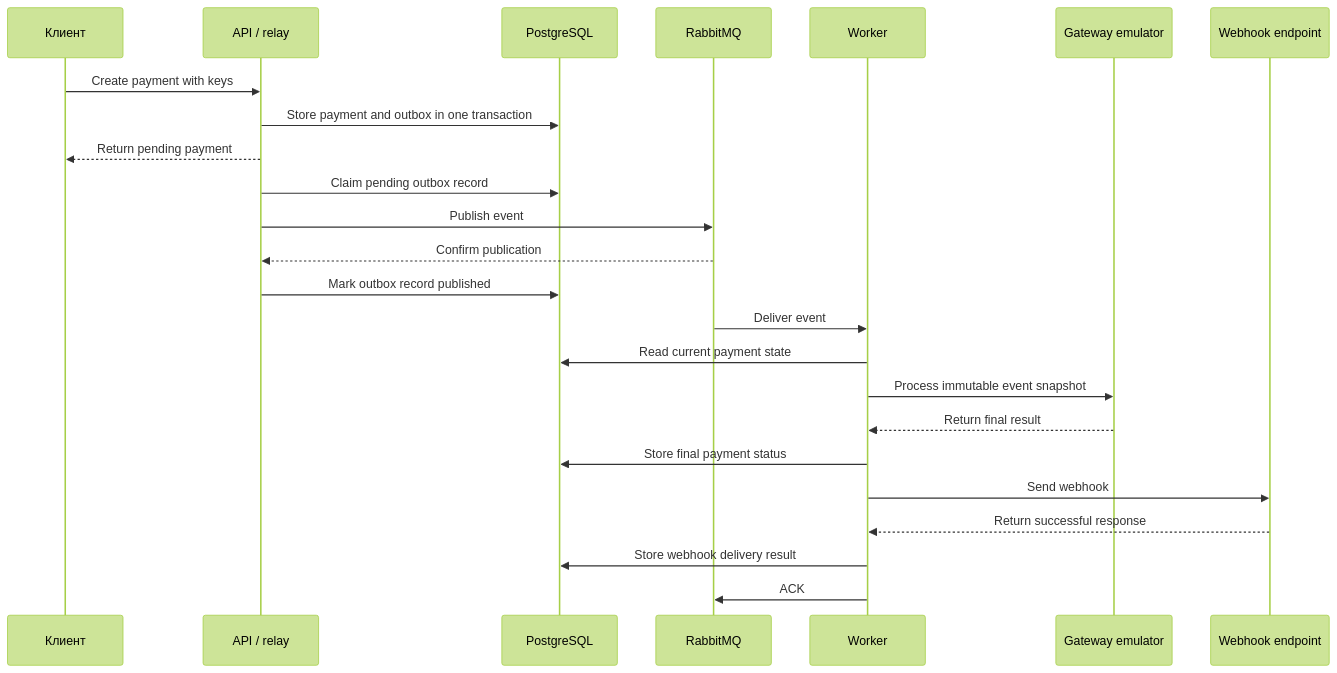
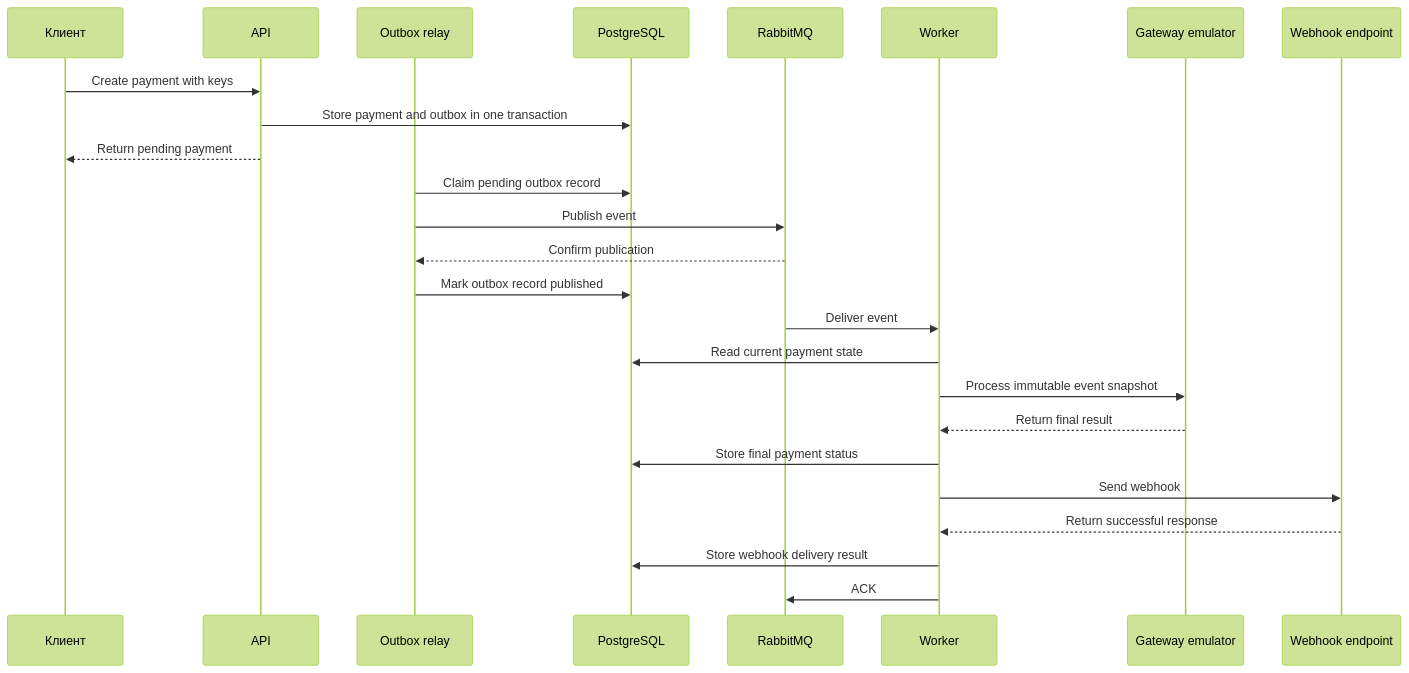
Before and after one commit to HappyCthulhu/async-payment-processor: the second of 3 diagrams in docs/architecture.md, drawn with Mermaid (forest theme). The commit also changed other lines of this file, not shown here.

Commit message:
docs: clarify outbox relay boundary

````diff
--- a/docs/architecture.md
+++ b/docs/architecture.md
@@ -28,27 +44,28 @@
 ```mermaid
 sequenceDiagram
     participant C as Клиент
-    participant A as API / relay
+    participant A as API
+    participant L as Outbox relay
     participant P as PostgreSQL
     participant R as RabbitMQ
     participant W as Worker
     participant G as Gateway emulator
     participant H as Webhook endpoint
 
     C->>A: Create payment with keys
     A->>P: Store payment and outbox in one transaction
     A-->>C: Return pending payment
-    A->>P: Claim pending outbox record
-    A->>R: Publish event
-    R-->>A: Confirm publication
-    A->>P: Mark outbox record published
+    L->>P: Claim pending outbox record
+    L->>R: Publish event
+    R-->>L: Confirm publication
+    L->>P: Mark outbox record published
     R->>W: Deliver event
     W->>P: Read current payment state
     W->>G: Process immutable event snapshot
     G-->>W: Return final result
     W->>P: Store final payment status
     W->>H: Send webhook
     H-->>W: Return successful response
     W->>P: Store webhook delivery result
     W->>R: ACK
 ```
````
